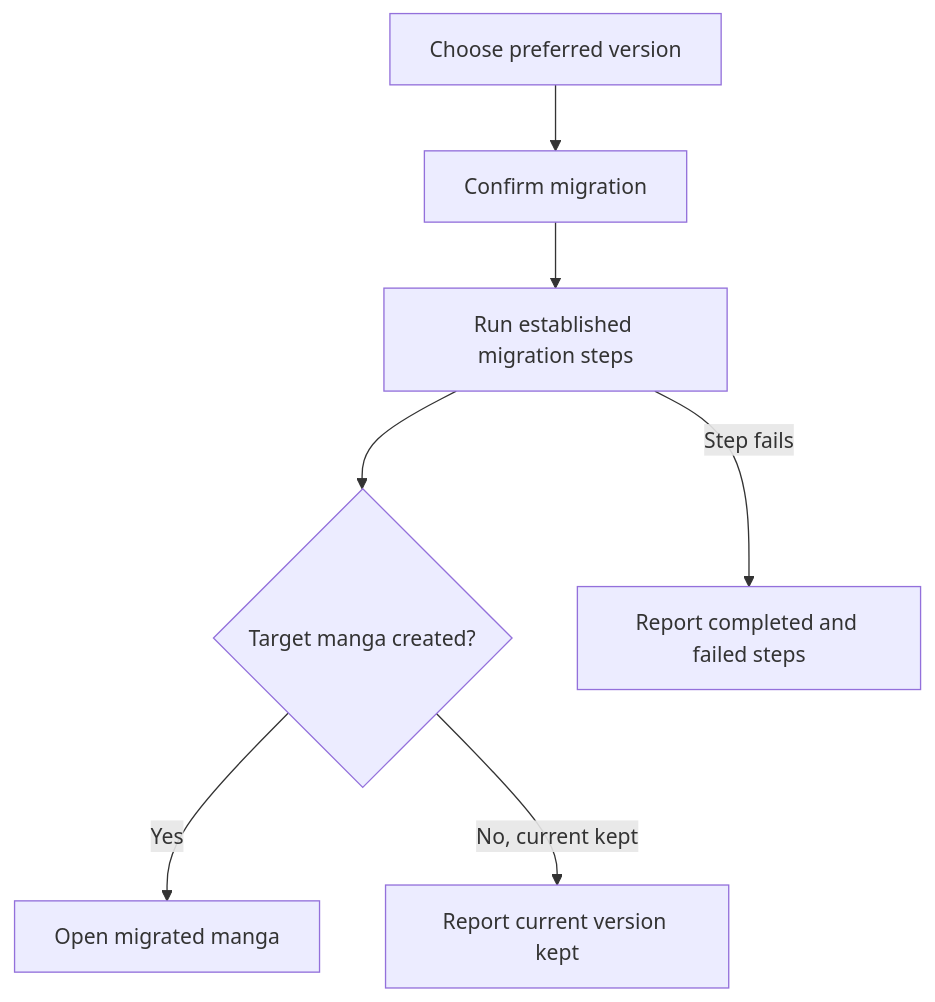
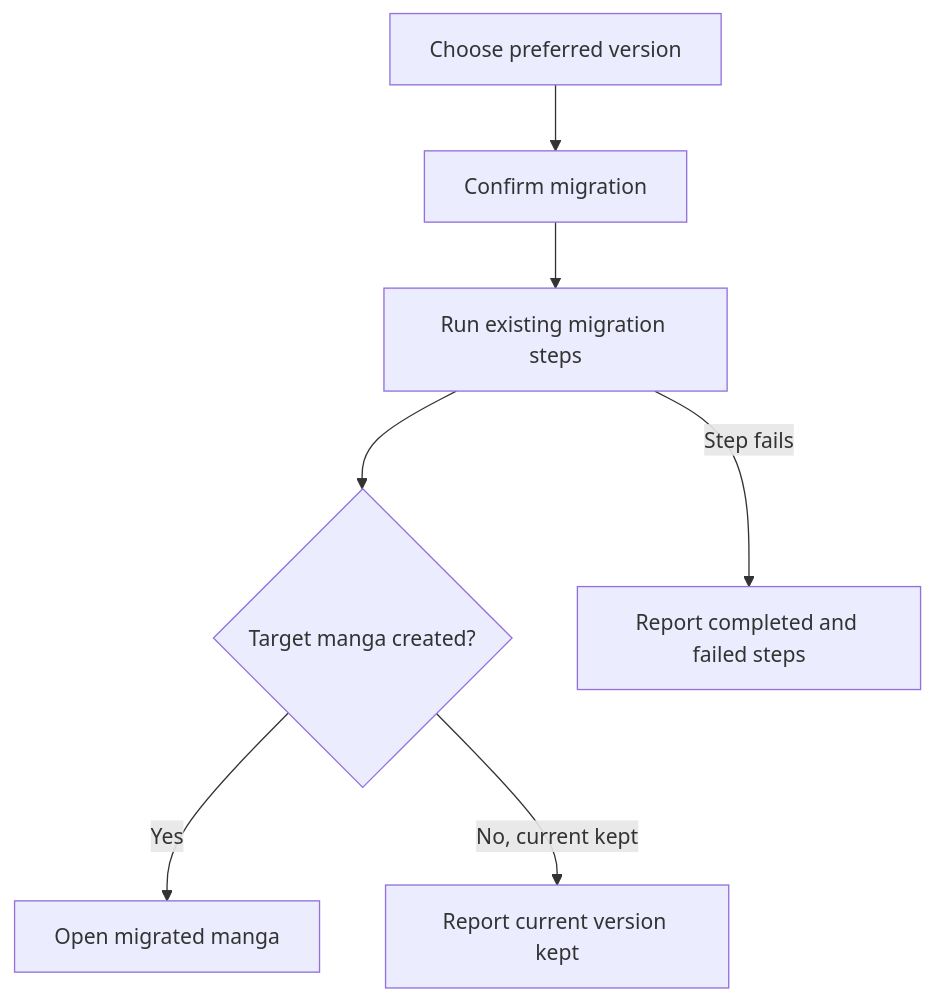
The fourth of 4 diagrams in docs/kmk/diagrams/best-version.md (FancyCorey/komikku-KMK), drawn with Mermaid before and after one commit. The commit also changed other lines of this file and 23 other files, not shown here.

````diff
--- a/docs/kmk/diagrams/best-version.md
+++ b/docs/kmk/diagrams/best-version.md
@@ -52,9 +52,9 @@
 ```mermaid
 flowchart TD
     Choose["Choose preferred version"] --> Confirm["Confirm migration"]
-    Confirm --> Execute["Run established migration steps"]
+    Confirm --> Execute["Run existing migration steps"]
     Execute --> Result{"Target manga created?"}
     Result -->|Yes| Open["Open migrated manga"]
     Result -->|No, current kept| Kept["Report current version kept"]
     Execute -->|Step fails| Failed["Report completed and failed steps"]
 ```
````
